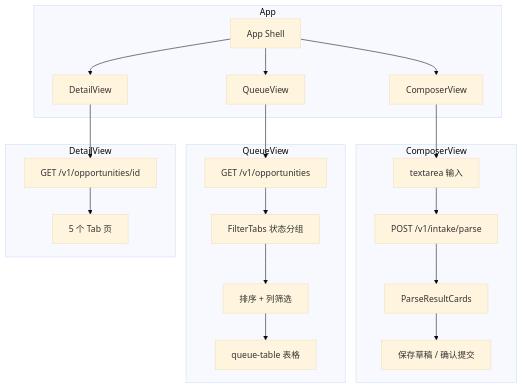
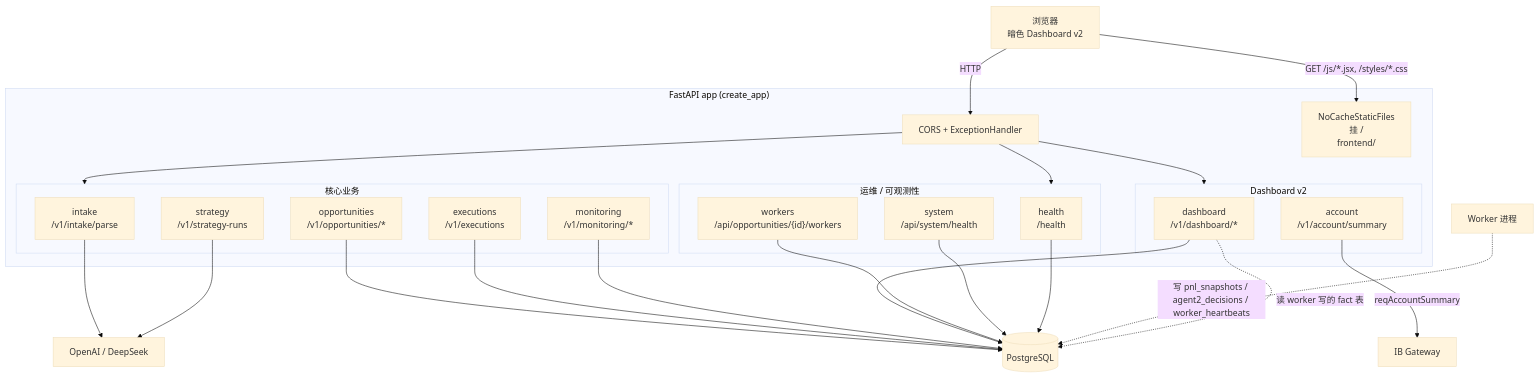
One commit to ChunmiaoYu/Projects-Wiki changed the first of 3 diagrams in docs/options-trader/07_api_frontend.md. Above: the diagram before and after it, drawn with Mermaid (base theme). The commit also changed other lines of this file and 8 other files, not shown here.

````diff
--- a/docs/options-trader/07_api_frontend.md
+++ b/docs/options-trader/07_api_frontend.md
@@ -214,27 +181,52 @@
 ```mermaid
-graph TD
-    subgraph App
-        A["App Shell"] --> B["ComposerView"]
-        A --> C["QueueView"]
-        A --> D["DetailView"]
+graph TB
+    Browser[浏览器<br/>暗色 Dashboard v2]
+
+    subgraph FastAPI["FastAPI app (create_app)"]
+        Mid[CORS + ExceptionHandler]
+        StaticMount["NoCacheStaticFiles<br/>挂 /<br/>frontend/"]
+
+        subgraph CoreBiz["核心业务"]
+            R_intake["intake<br/>/v1/intake/parse"]
+            R_opp["opportunities<br/>/v1/opportunities/*"]
+            R_exec["executions<br/>/v1/executions"]
+            R_strat["strategy<br/>/v1/strategy-runs"]
+            R_mon["monitoring<br/>/v1/monitoring/*"]
+        end
+
+        subgraph DashV2["Dashboard v2"]
+            R_dash["dashboard<br/>/v1/dashboard/*"]
+            R_acct["account<br/>/v1/account/summary"]
+        end
+
+        subgraph Ops["运维 / 可观测性"]
+            R_health["health<br/>/health"]
+            R_workers["workers<br/>/api/opportunities/{id}/workers"]
+            R_sys["system<br/>/api/system/health"]
+        end
     end
 
-    subgraph ComposerView
-        B --> B1["textarea 输入"]
-        B1 --> B2["POST /v1/intake/parse"]
-        B2 --> B3["ParseResultCards"]
-        B3 --> B4["保存草稿 / 确认提交"]
-    end
+    DB[(PostgreSQL)]
+    IBKR[IB Gateway]
+    LLM[OpenAI / DeepSeek]
+    Worker[Worker 进程]
 
-    subgraph QueueView
-        C --> C1["GET /v1/opportunities"]
-        C1 --> C2["FilterTabs 状态分组"]
-        C2 --> C3["排序 + 列筛选"]
-        C3 --> C4["queue-table 表格"]
-    end
+    Browser -->|HTTP| Mid --> CoreBiz
+    Mid --> DashV2
+    Mid --> Ops
+    Browser -->|GET /js/*.jsx, /styles/*.css| StaticMount
 
-    subgraph DetailView
-        D --> D1["GET /v1/opportunities/id"]
-        D1 --> D2["5 个 Tab 页"]
-    end
+    R_intake --> LLM
+    R_opp --> DB
+    R_exec --> DB
+    R_strat --> LLM
+    R_mon --> DB
+    R_dash --> DB
+    R_acct -->|reqAccountSummary| IBKR
+    R_workers --> DB
+    R_sys --> DB
+    R_health --> DB
+
+    Worker -.写 pnl_snapshots / agent2_decisions / worker_heartbeats.-> DB
+    R_dash -.读 worker 写的 fact 表.-> DB
 ```
````
